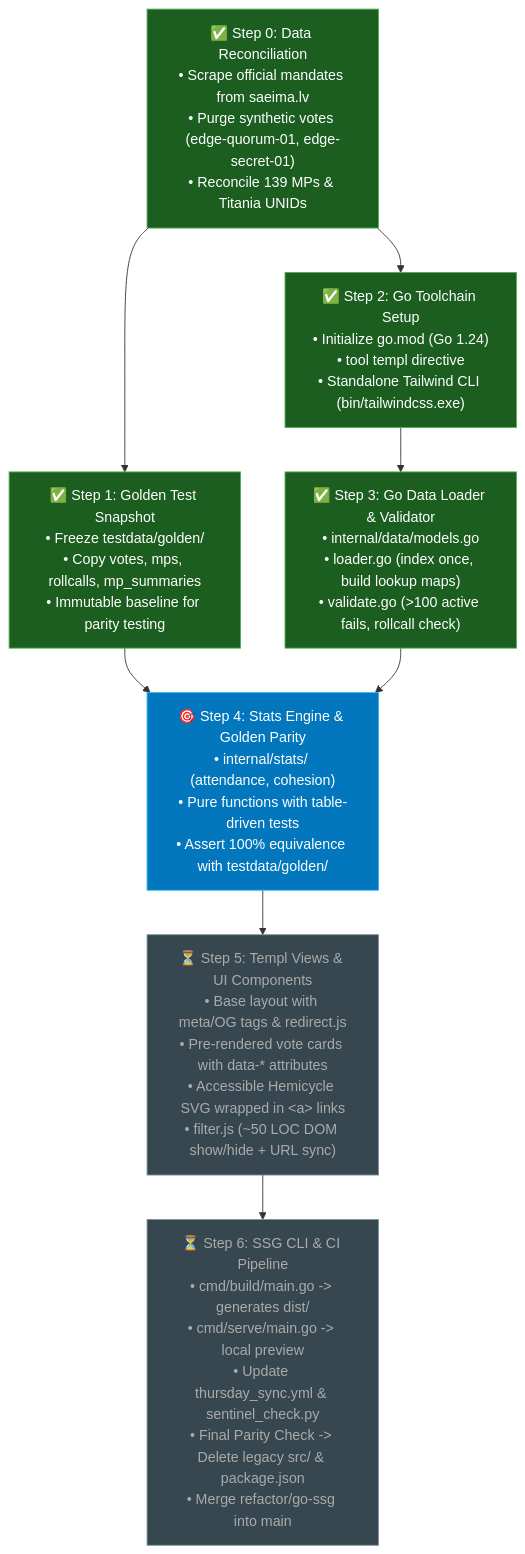
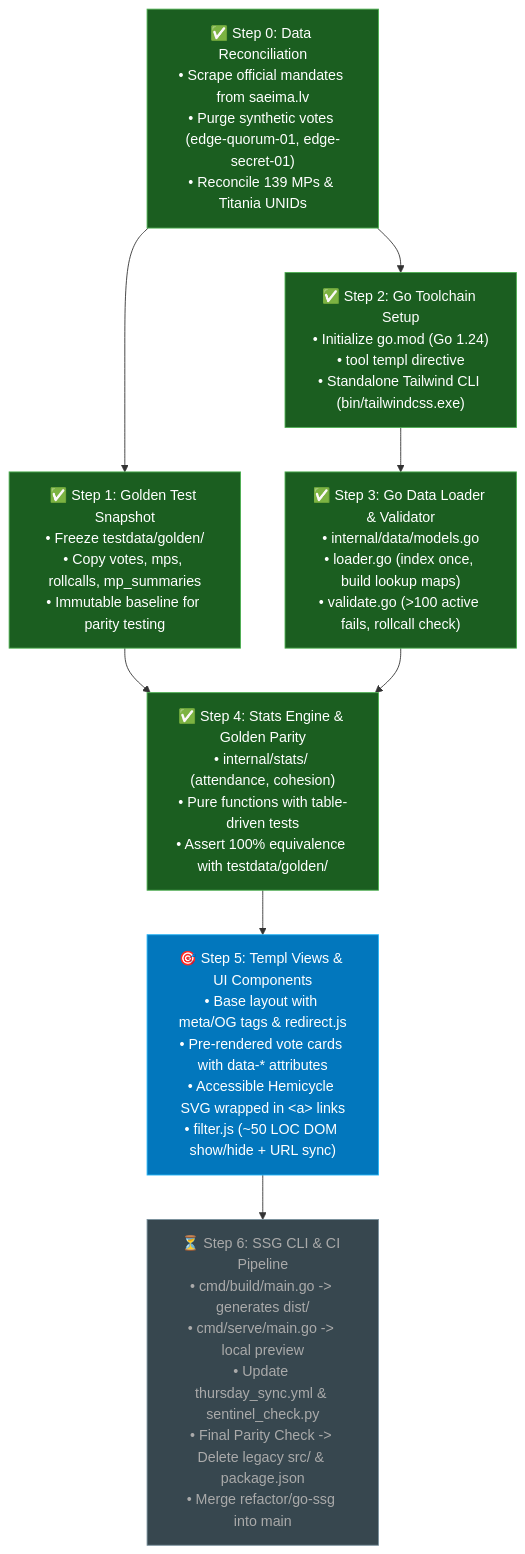
Before and after one commit to FisersDavis/kabalsosaeima: the diagram in REFACTOR_TREE.md, drawn with Mermaid. The commit also changed other lines of this file and 4 other files, not shown here.

Commit message:
feat(stats): implement stats engine with honest mandate denominator and stratified golden parity tests

````diff
--- a/REFACTOR_TREE.md
+++ b/REFACTOR_TREE.md
@@ -10,28 +10,28 @@
 ```mermaid
 graph TD
     classDef done fill:#1b5e20,stroke:#4caf50,color:#fff;
     classDef ready fill:#0277bd,stroke:#29b6f6,color:#fff;
     classDef blocked fill:#37474f,stroke:#78909c,color:#aaa;
 
     Node0["✅ Step 0: Data Reconciliation<br/>• Scrape official mandates from saeima.lv<br/>• Purge synthetic votes (edge-quorum-01, edge-secret-01)<br/>• Reconcile 139 MPs & Titania UNIDs"]:::done
     
     Node1["✅ Step 1: Golden Test Snapshot<br/>• Freeze testdata/golden/<br/>• Copy votes, mps, rollcalls, mp_summaries<br/>• Immutable baseline for parity testing"]:::done
     
     Node2["✅ Step 2: Go Toolchain Setup<br/>• Initialize go.mod (Go 1.24)<br/>• tool templ directive<br/>• Standalone Tailwind CLI (bin/tailwindcss.exe)"]:::done
 
     Node3["✅ Step 3: Go Data Loader & Validator<br/>• internal/data/models.go<br/>• loader.go (index once, build lookup maps)<br/>• validate.go (>100 active fails, rollcall check)"]:::done
 
-    Node4["🎯 Step 4: Stats Engine & Golden Parity<br/>• internal/stats/ (attendance, cohesion)<br/>• Pure functions with table-driven tests<br/>• Assert 100% equivalence with testdata/golden/"]:::ready
+    Node4["✅ Step 4: Stats Engine & Golden Parity<br/>• internal/stats/ (attendance, cohesion)<br/>• Pure functions with table-driven tests<br/>• Assert 100% equivalence with testdata/golden/"]:::done
 
-    Node5["⏳ Step 5: Templ Views & UI Components<br/>• Base layout with meta/OG tags & redirect.js<br/>• Pre-rendered vote cards with data-* attributes<br/>• Accessible Hemicycle SVG wrapped in &lt;a&gt; links<br/>• filter.js (~50 LOC DOM show/hide + URL sync)"]:::blocked
+    Node5["🎯 Step 5: Templ Views & UI Components<br/>• Base layout with meta/OG tags & redirect.js<br/>• Pre-rendered vote cards with data-* attributes<br/>• Accessible Hemicycle SVG wrapped in &lt;a&gt; links<br/>• filter.js (~50 LOC DOM show/hide + URL sync)"]:::ready
 
     Node6["⏳ Step 6: SSG CLI & CI Pipeline<br/>• cmd/build/main.go -> generates dist/<br/>• cmd/serve/main.go -> local preview<br/>• Update thursday_sync.yml & sentinel_check.py<br/>• Final Parity Check -> Delete legacy src/ & package.json<br/>• Merge refactor/go-ssg into main"]:::blocked
 
     Node0 --> Node1
     Node0 --> Node2
     Node1 --> Node4
     Node2 --> Node3
     Node3 --> Node4
     Node4 --> Node5
     Node5 --> Node6
 ```
````
